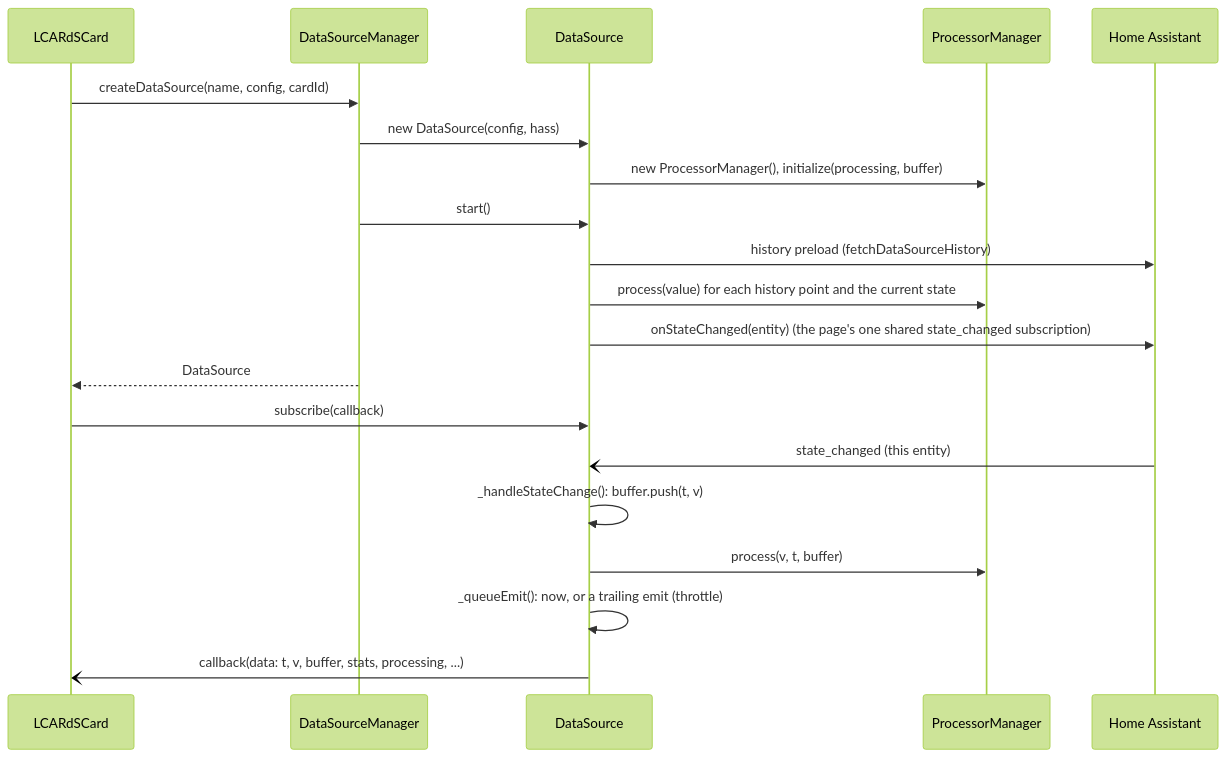
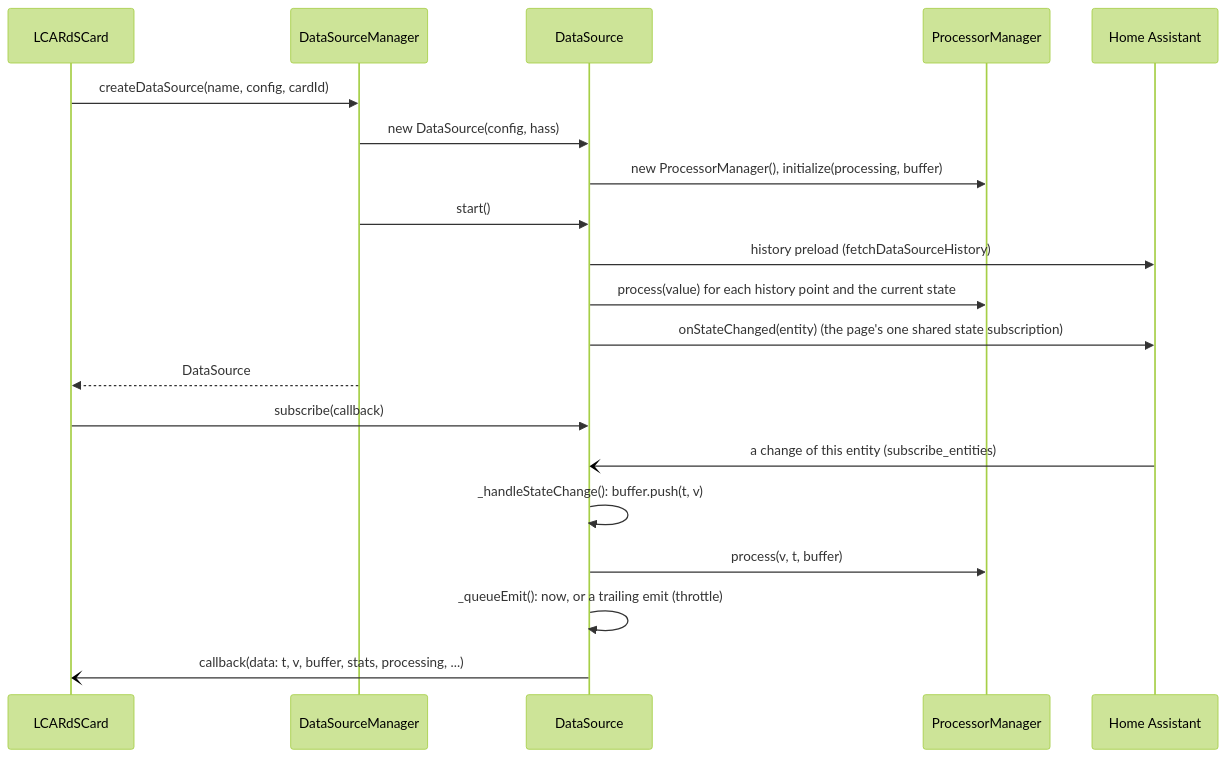
One commit to snootched/lcards changed the diagram in doc/architecture/subsystems/datasource-system.md. Above: the diagram before and after it, drawn with Mermaid (forest theme). The commit also changed other lines of this file and 17 other files, not shown here.

````diff
--- a/doc/architecture/subsystems/datasource-system.md
+++ b/doc/architecture/subsystems/datasource-system.md
@@ -59,23 +69,23 @@
 ```mermaid
 sequenceDiagram
     participant Card as LCARdSCard
     participant DSM as DataSourceManager
     participant DS as DataSource
     participant PM as ProcessorManager
     participant HA as Home Assistant
 
     Card->>DSM: createDataSource(name, config, cardId)
     DSM->>DS: new DataSource(config, hass)
     DS->>PM: new ProcessorManager(), initialize(processing, buffer)
     DSM->>DS: start()
     DS->>HA: history preload (fetchDataSourceHistory)
     DS->>PM: process(value) for each history point and the current state
-    DS->>HA: onStateChanged(entity) (the page's one shared state_changed subscription)
+    DS->>HA: onStateChanged(entity) (the page's one shared state subscription)
     DSM-->>Card: DataSource
     Card->>DS: subscribe(callback)
-    HA-)DS: state_changed (this entity)
+    HA-)DS: a change of this entity (subscribe_entities)
     DS->>DS: _handleStateChange(): buffer.push(t, v)
     DS->>PM: process(v, t, buffer)
     DS->>DS: _queueEmit(): now, or a trailing emit (throttle)
     DS-)Card: callback(data: t, v, buffer, stats, processing, ...)
 ```
````
